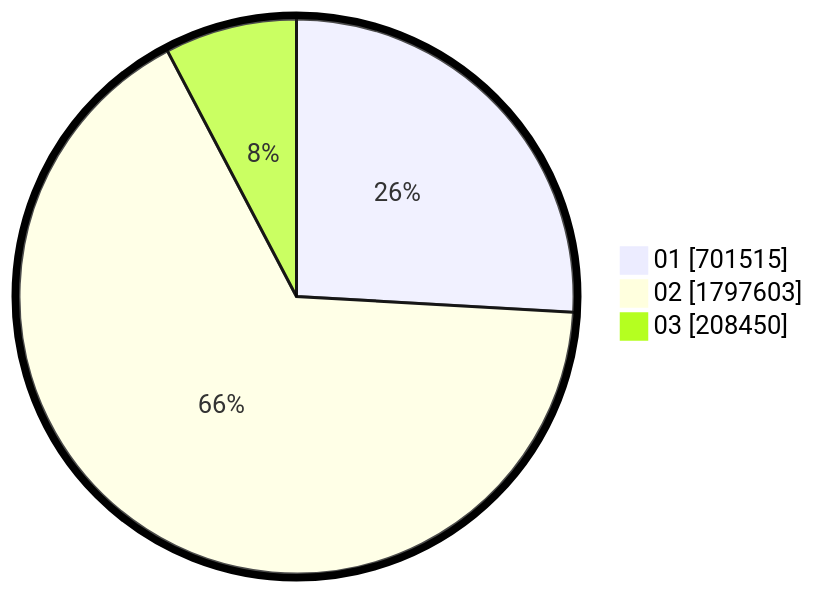
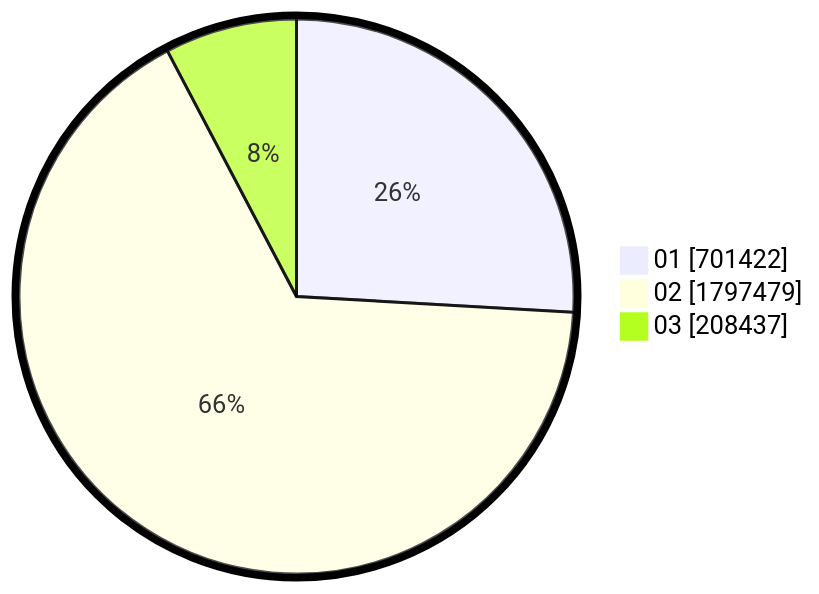
Before and after one commit to gigit-pemilu/pemilu-2024: the second of 2 diagrams in pilpres/hitung-suara/sub/table-wilayah-52.md, drawn with Mermaid. The commit also changed other lines of this file and 4 other files, not shown here.

````diff
--- a/pilpres/hitung-suara/sub/table-wilayah-52.md
+++ b/pilpres/hitung-suara/sub/table-wilayah-52.md
@@ -15,7 +15,7 @@
 ```mermaid
 %%{init: {"pie": {"textPosition": 0.5}, "themeVariables": {"pieOuterStrokeWidth": "5px"}} }%%
 pie showData
-    "01" : 701515
-    "02" : 1797603
-    "03" : 208450
+    "01" : 701422
+    "02" : 1797479
+    "03" : 208437
 ```
````
